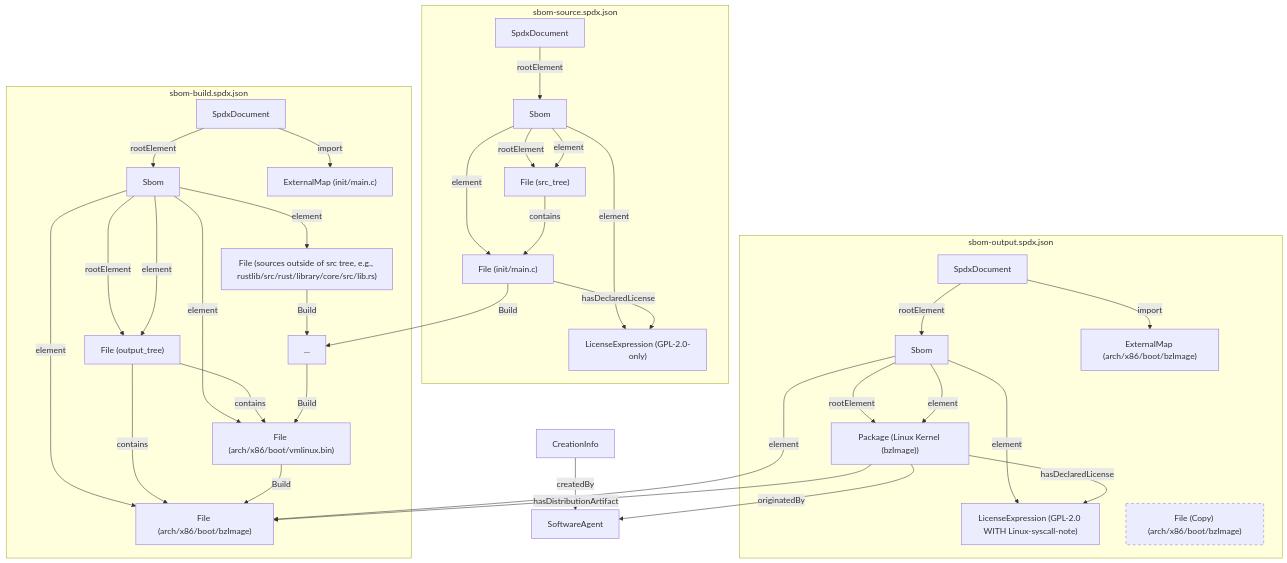
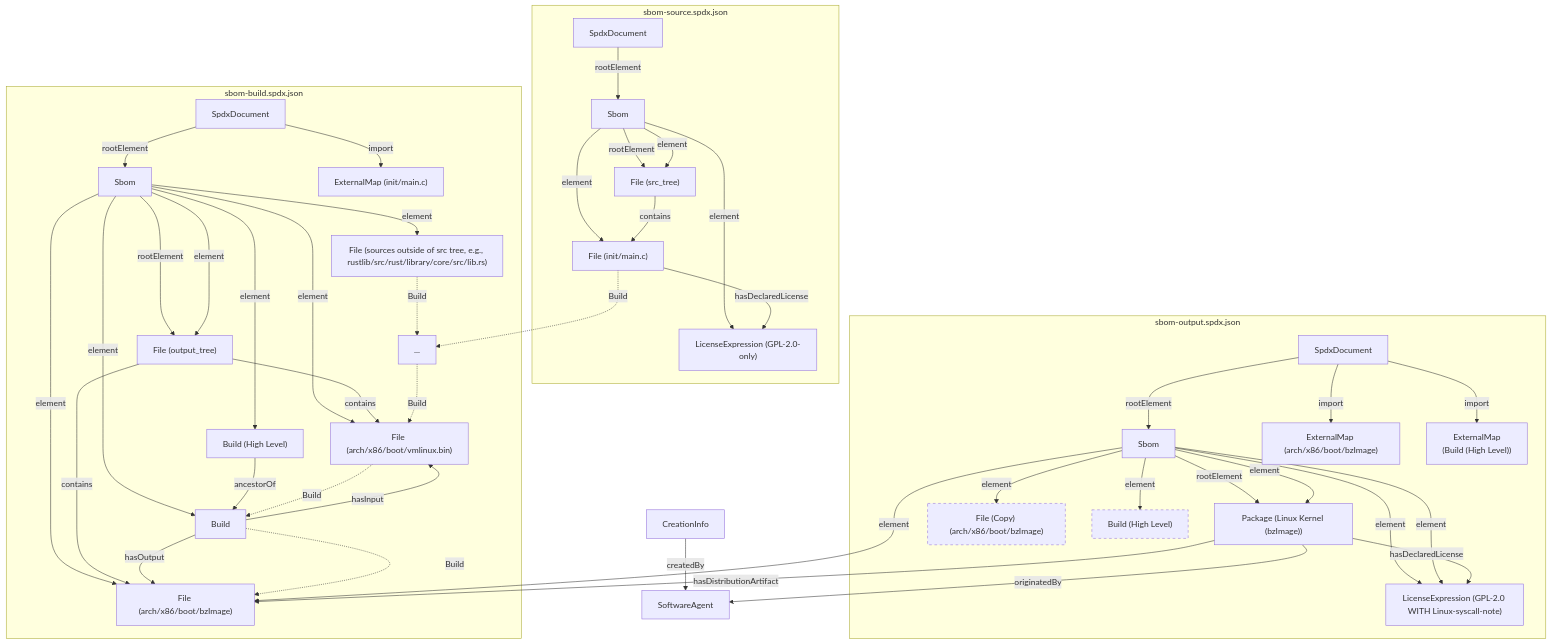
The first of 2 diagrams in README.md (TNG/KernelSbom), drawn with Mermaid before and after one commit. The commit also changed other lines of this file and 6 other files, not shown here.

Commit message:
added high-level build element

```diff
--- a/README.md
+++ b/README.md
@@ -107,6 +107,9 @@
     subgraph BUILD_GRAPH["sbom-build.spdx.json"]
         BUILD_DOC["SpdxDocument"]
         BUILD_SBOM["Sbom"]
+        HIGH_LEVEL_BUILD["Build (High Level)"]
+        LOW_LEVEL_BUILD["Build"]
+
         OUTPUT_TREE["File (output_tree)"]
         VMLINUX_BIN["File (arch/x86/boot/vmlinux.bin)"]
         BZIMAGE["File (arch/x86/boot/bzImage)"]
@@ -122,16 +125,24 @@
         BUILD_SBOM -->|element| RUSTLIB
         BUILD_SBOM -->|element| VMLINUX_BIN
         BUILD_SBOM -->|element| BZIMAGE
+        BUILD_SBOM -->|element| HIGH_LEVEL_BUILD
+        BUILD_SBOM -->|element| LOW_LEVEL_BUILD
 
         OUTPUT_TREE -->|contains| VMLINUX_BIN
         OUTPUT_TREE -->|contains| BZIMAGE
 
-        RUSTLIB -->|Build| DOTDOT
-        DOTDOT -->|Build| VMLINUX_BIN
-        VMLINUX_BIN -->|Build| BZIMAGE
+        HIGH_LEVEL_BUILD -->|ancestorOf| LOW_LEVEL_BUILD
+
+        RUSTLIB -.->|Build| DOTDOT
+        DOTDOT -.->|Build| VMLINUX_BIN
+        LOW_LEVEL_BUILD -->|hasInput| VMLINUX_BIN
+        VMLINUX_BIN -.->|Build| LOW_LEVEL_BUILD
+        LOW_LEVEL_BUILD -->|hasOutput| BZIMAGE
+        LOW_LEVEL_BUILD -.->|Build| BZIMAGE
+
     end
 
-    MAINC -->|Build| DOTDOT
+    MAINC -.->|Build| DOTDOT
 
     subgraph OUTPUT_GRAPH["sbom-output.spdx.json"]
         OUTPUT_DOC["SpdxDocument"]
@@ -140,17 +151,23 @@
         PACKAGE_LICENSEEXPRESSION["LicenseExpression (GPL-2.0 WITH Linux-syscall-note)"]
         BZIMAGE_COPY["File (Copy) (arch/x86/boot/bzImage)"]
         BZIMAGE_EXTERNALMAP["ExternalMap (arch/x86/boot/bzImage)"]
+        HIGH_LEVEL_BUILD_COPY["Build (High Level)"]
+        HIGH_LEVEL_BUILD_EXTERNALMAP["ExternalMap<br>(Build (High Level))"]
         
-
         style BZIMAGE_COPY stroke-dasharray: 5 5
+        style HIGH_LEVEL_BUILD_COPY stroke-dasharray: 5 5
 
         OUTPUT_DOC -->|rootElement| OUTPUT_SBOM
         OUTPUT_DOC -->|import| BZIMAGE_EXTERNALMAP
+        OUTPUT_DOC -->|import| HIGH_LEVEL_BUILD_EXTERNALMAP
 
         OUTPUT_SBOM -->|rootElement| PACKAGE
         OUTPUT_SBOM -->|element| PACKAGE
         OUTPUT_SBOM -->|element| BZIMAGE
         OUTPUT_SBOM -->|element| PACKAGE_LICENSEEXPRESSION
+        OUTPUT_SBOM -->|element| BZIMAGE_COPY
+        OUTPUT_SBOM -->|element| PACKAGE_LICENSEEXPRESSION
+        OUTPUT_SBOM -->|element| HIGH_LEVEL_BUILD_COPY
 
         PACKAGE -->|hasDistributionArtifact| BZIMAGE
         PACKAGE -->|hasDeclaredLicense| PACKAGE_LICENSEEXPRESSION
```
